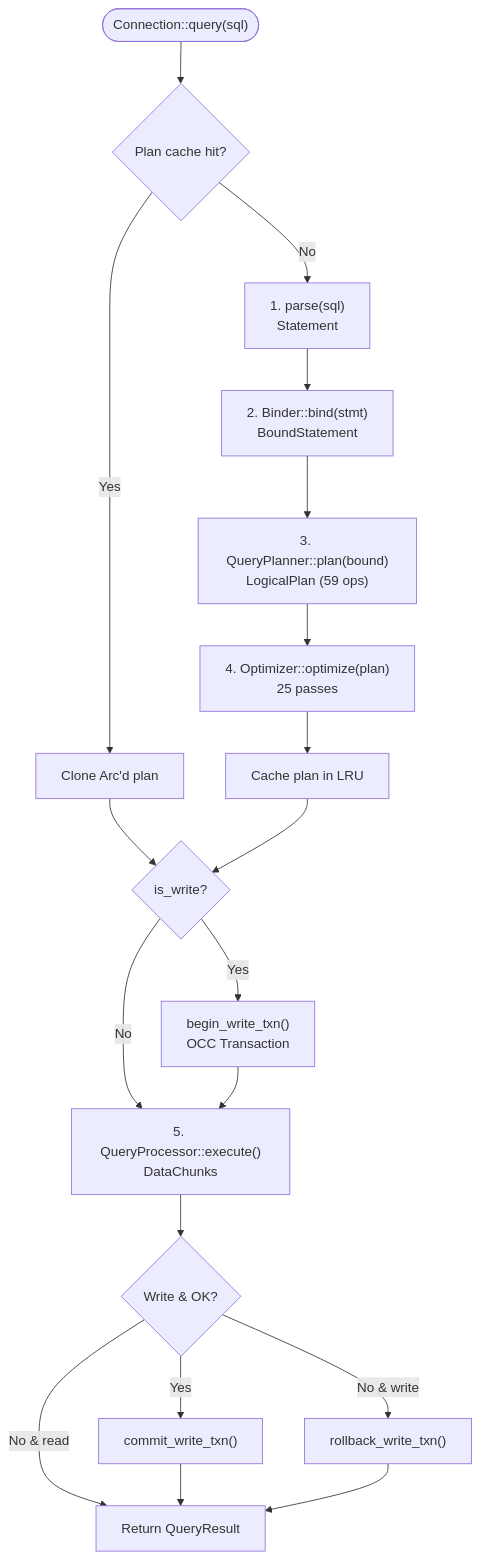
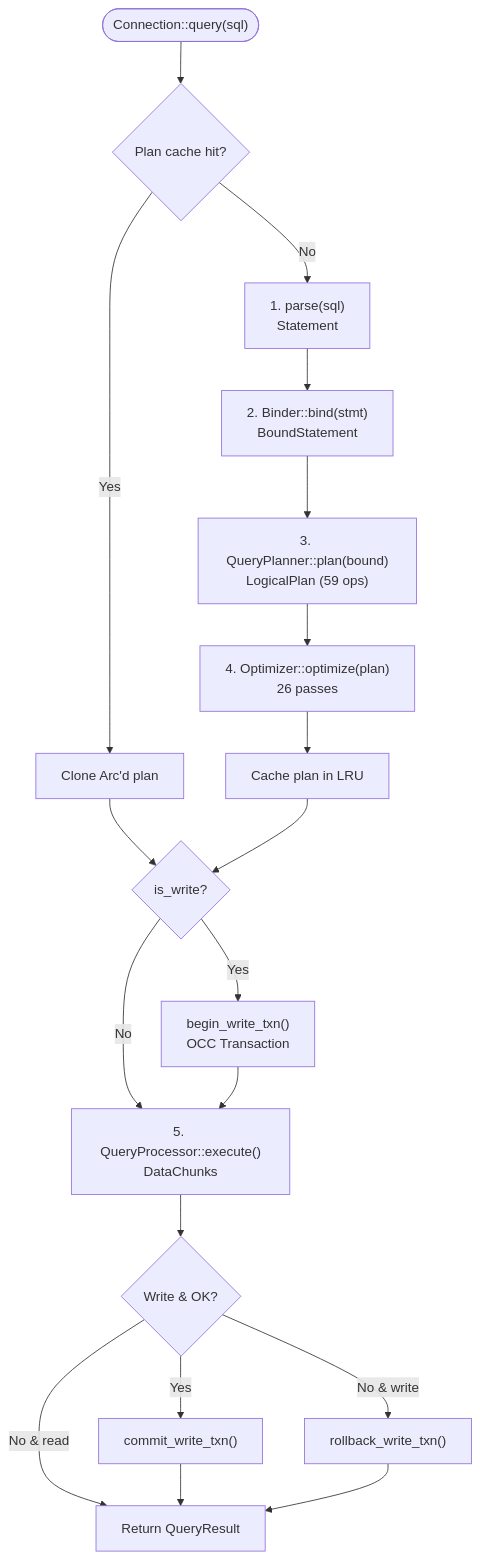
The second of 6 diagrams in .terrain/human/3.Workflows.md (mlengse/akar), drawn with Mermaid before and after one commit. The commit also changed other lines of this file and 8 other files, not shown here.

````diff
--- a/.terrain/human/3.Workflows.md
+++ b/.terrain/human/3.Workflows.md
@@ -46,21 +46,21 @@
 ```mermaid
 flowchart TD
     Start(["Connection::query(sql)"]) --> Cache{"Plan cache hit?"}
     Cache -->|Yes| Clone["Clone Arc'd plan"]
     Cache -->|No| Parse["1. parse(sql)<br/>Statement"]
     Parse --> Bind["2. Binder::bind(stmt)<br/>BoundStatement"]
     Bind --> Plan["3. QueryPlanner::plan(bound)<br/>LogicalPlan (59 ops)"]
-    Plan --> Opt["4. Optimizer::optimize(plan)<br/>25 passes"]
+    Plan --> Opt["4. Optimizer::optimize(plan)<br/>26 passes"]
     Opt --> CacheInsert["Cache plan in LRU"]
     Clone --> IsWrite{"is_write?"}
     CacheInsert --> IsWrite
     IsWrite -->|Yes| BeginTx["begin_write_txn()<br/>OCC Transaction"]
     IsWrite -->|No| Exec["5. QueryProcessor::execute()<br/>DataChunks"]
     BeginTx --> Exec
     Exec --> WriteOK{"Write & OK?"}
     WriteOK -->|Yes| Commit["commit_write_txn()"]
     WriteOK -->|No & write| Rollback["rollback_write_txn()"]
     WriteOK -->|No & read| Result["Return QueryResult"]
     Commit --> Result
     Rollback --> Result
 ```
````
